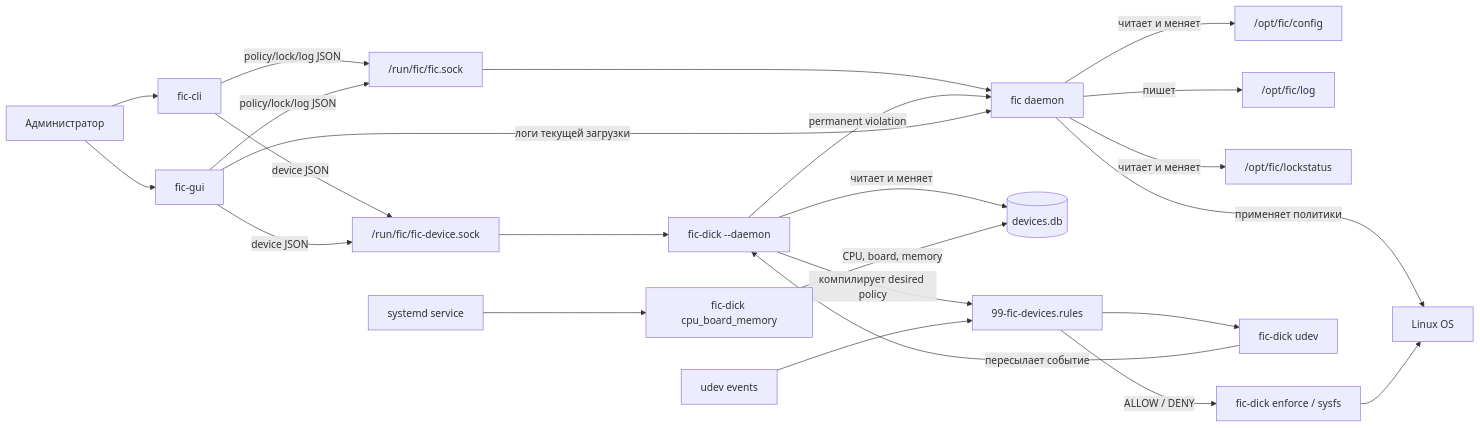
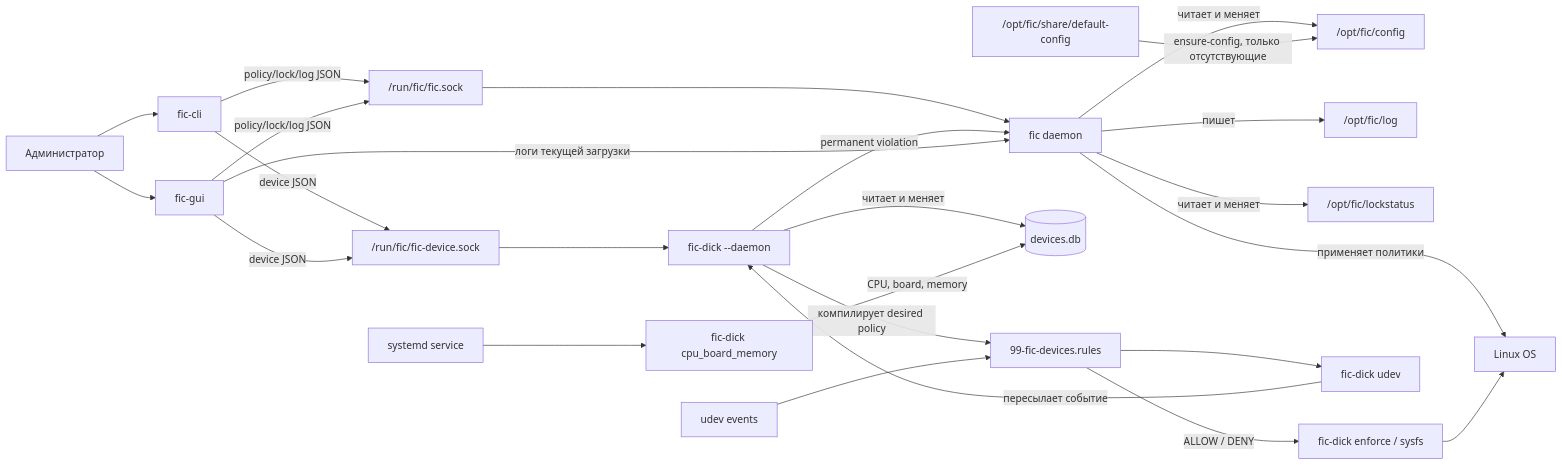
The first of 19 diagrams in docs/architecture-diagrams.md (RevoltStar/FIC), drawn with Mermaid before and after one commit. The commit also changed other lines of this file and 20 other files, not shown here.

````diff
--- a/docs/architecture-diagrams.md
+++ b/docs/architecture-diagrams.md
@@ -8,31 +8,32 @@
 ```mermaid
 flowchart LR
     admin[Администратор] --> cli[fic-cli]
     admin --> gui[fic-gui]
 
     cli -->|policy/lock/log JSON| sock["/run/fic/fic.sock"]
     gui -->|policy/lock/log JSON| sock
     sock --> daemon[fic daemon]
 
     cli -->|device JSON| deviceSock["/run/fic/fic-device.sock"]
     gui -->|device JSON| deviceSock
     deviceSock --> deviceDaemon["fic-dick --daemon"]
 
     daemon -->|читает и меняет| config["/opt/fic/config"]
+    defaults["/opt/fic/share/default-config"] -->|ensure-config, только отсутствующие| config
     daemon -->|применяет политики| os[Linux OS]
     daemon -->|пишет| logs["/opt/fic/log"]
     daemon -->|читает и меняет| lockstatus["/opt/fic/lockstatus"]
     deviceDaemon -->|читает и меняет| db[(devices.db)]
     deviceDaemon -->|компилирует desired policy| rules[99-fic-devices.rules]
 
     udev[udev events] --> rules
     rules -->|ALLOW / DENY| deviceEnforce[fic-dick enforce / sysfs]
     rules --> dickUdev[fic-dick udev]
     systemd[systemd service] --> dickStatic[fic-dick cpu_board_memory]
     dickUdev -->|пересылает событие| deviceDaemon
     dickStatic -->|CPU, board, memory| db
 
     deviceDaemon -->|permanent violation| daemon
     deviceEnforce --> os
     gui -->|логи текущей загрузки| daemon
 ```
````
